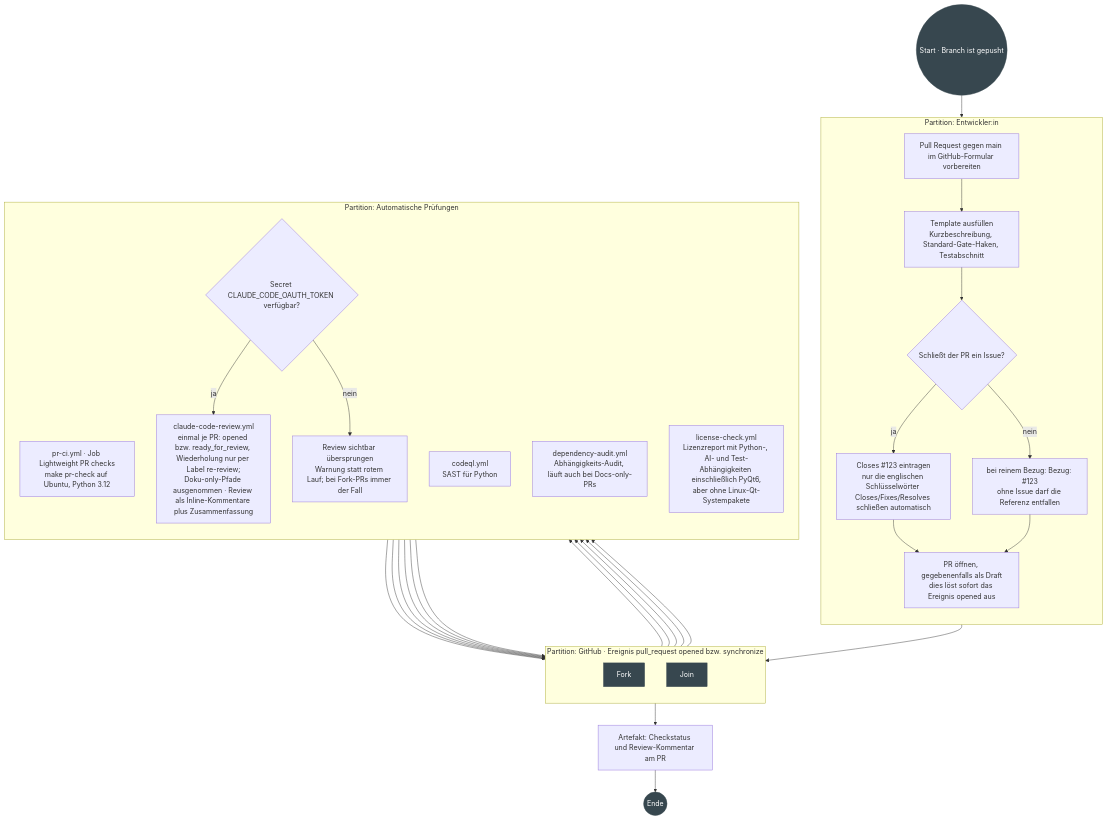
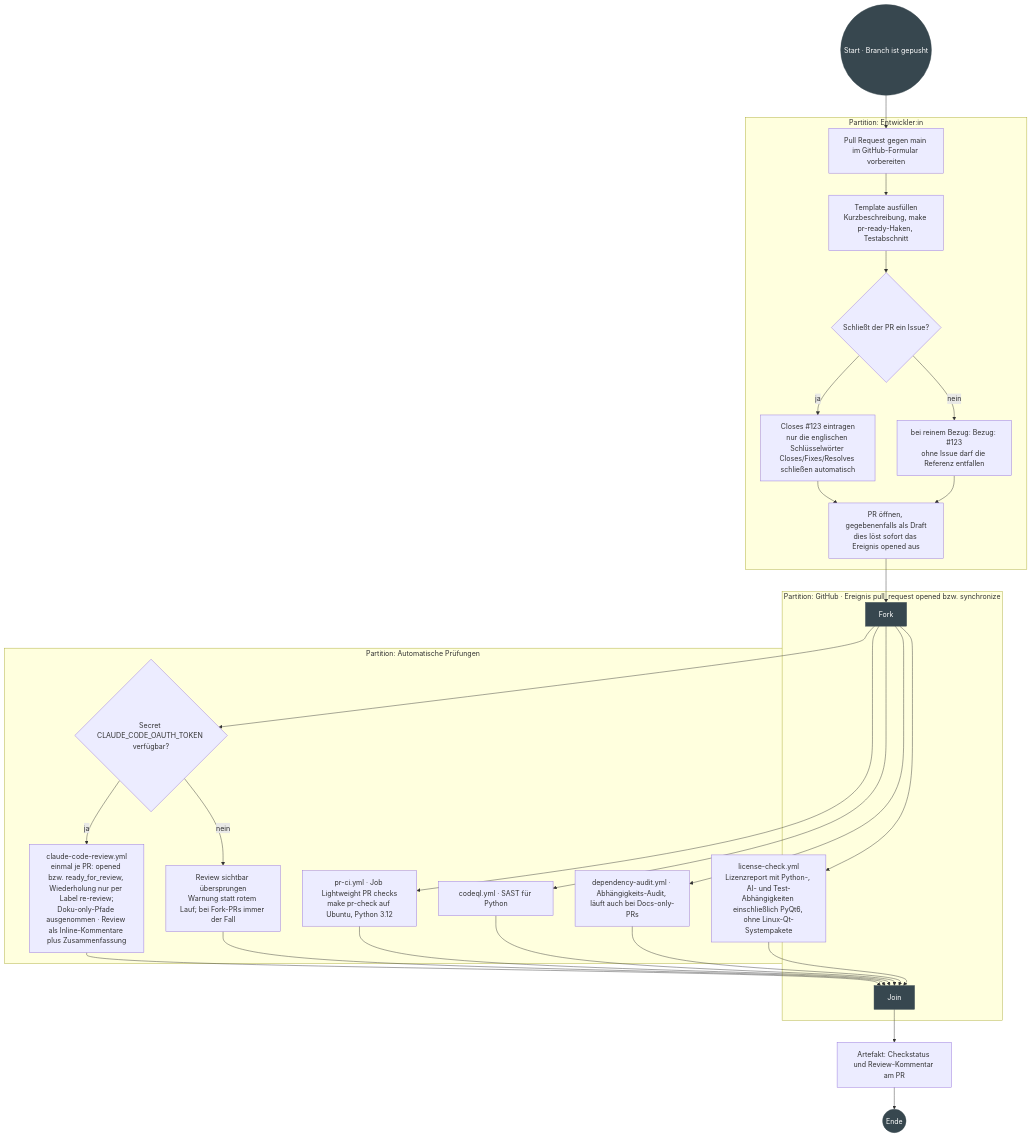
One commit to NikolayDA/picture_helper changed the second of 5 diagrams in docs/PROZESSE_UML.md. Above: the diagram before and after it, drawn with Mermaid. The commit also changed other lines of this file and 1 other file, not shown here.

````diff
--- a/docs/PROZESSE_UML.md
+++ b/docs/PROZESSE_UML.md
@@ -232,51 +133,35 @@
 ```mermaid
 flowchart TD
   START(("Start · Branch ist gepusht")):::terminal --> P1
-
   subgraph DEV["Partition: Entwickler:in"]
-    direction TB
     P1["Pull Request gegen main im GitHub-Formular vorbereiten"]
-    P2["Template ausfüllen<br/>Kurzbeschreibung, Standard-Gate-Haken, Testabschnitt"]
+    P2["Template ausfüllen<br/>Kurzbeschreibung, make pr-ready-Haken, Testabschnitt"]
     PQ{"Schließt der PR ein Issue?"}
     P3["Closes #123 eintragen<br/>nur die englischen Schlüsselwörter Closes/Fixes/Resolves schließen automatisch"]
     P4["bei reinem Bezug: Bezug: #123<br/>ohne Issue darf die Referenz entfallen"]
     P5["PR öffnen, gegebenenfalls als Draft<br/>dies löst sofort das Ereignis opened aus"]
   end
-
   subgraph GH["Partition: GitHub · Ereignis pull_request opened bzw. synchronize"]
-    direction TB
     F1["Fork"]:::bar
     J1["Join"]:::bar
   end
-
   subgraph CI["Partition: Automatische Prüfungen"]
-    direction TB
     C1["pr-ci.yml · Job Lightweight PR checks<br/>make pr-check auf Ubuntu, Python 3.12"]
-    C2["codeql.yml<br/>SAST für Python"]
-    C3["dependency-audit.yml<br/>Abhängigkeits-Audit, läuft auch bei Docs-only-PRs"]
-    C4["license-check.yml<br/>Lizenzreport mit Python-, AI- und Test-Abhängigkeiten einschließlich PyQt6,<br/>aber ohne Linux-Qt-Systempakete"]
+    C2["codeql.yml · SAST für Python"]
+    C3["dependency-audit.yml · Abhängigkeits-Audit, läuft auch bei Docs-only-PRs"]
+    C4["license-check.yml<br/>Lizenzreport mit Python-, AI- und Test-Abhängigkeiten einschließlich PyQt6, ohne Linux-Qt-Systempakete"]
     CQ{"Secret CLAUDE_CODE_OAUTH_TOKEN verfügbar?"}
     C5["claude-code-review.yml<br/>einmal je PR: opened bzw. ready_for_review, Wiederholung nur per Label re-review;<br/>Doku-only-Pfade ausgenommen · Review als Inline-Kommentare plus Zusammenfassung"]
     C6["Review sichtbar übersprungen<br/>Warnung statt rotem Lauf; bei Fork-PRs immer der Fall"]
   end
-
   P1 --> P2 --> PQ
   PQ -->|"ja"| P3 --> P5
   PQ -->|"nein"| P4 --> P5
-  P5 --> F1
-  F1 --> C1
-  F1 --> C2
-  F1 --> C3
-  F1 --> C4
-  F1 --> CQ
+  P5 --> F1 --> C1 & C2 & C3 & C4 & CQ
   CQ -->|"ja"| C5 --> J1
   CQ -->|"nein"| C6 --> J1
-  C1 --> J1
-  C2 --> J1
-  C3 --> J1
-  C4 --> J1
+  C1 & C2 & C3 & C4 --> J1
   J1 --> S1["Artefakt: Checkstatus und Review-Kommentar am PR"] --> ENDE(("Ende")):::terminal
-
   classDef terminal fill:#37474f,stroke:#37474f,color:#ffffff;
   classDef bar fill:#37474f,stroke:#37474f,color:#ffffff;
 ```
````
